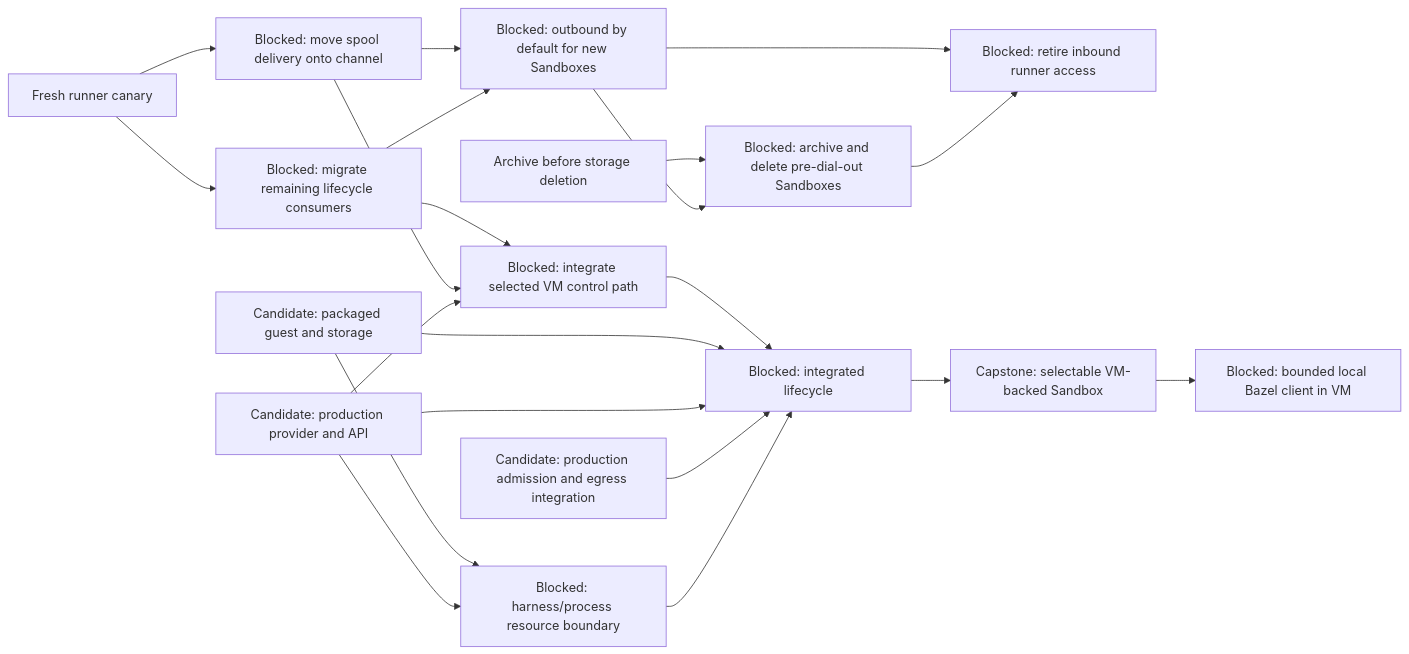
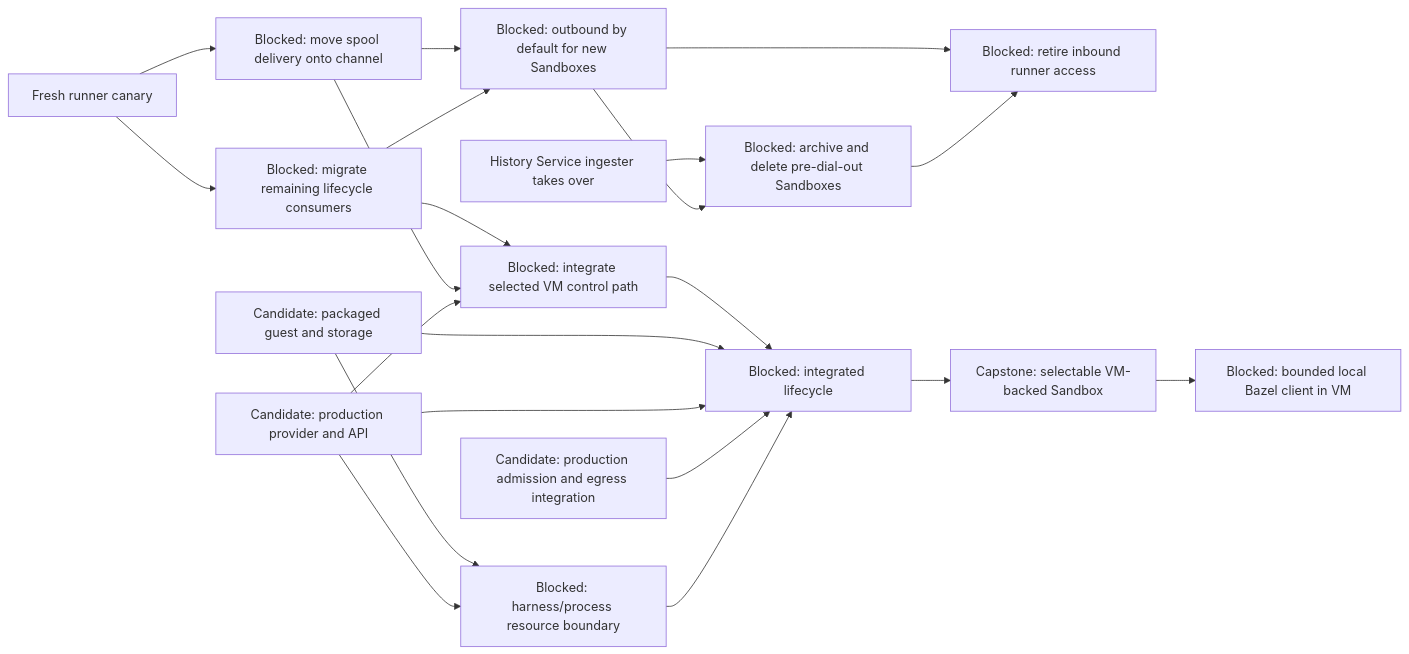
One commit to agentydragon-agent/ducktape changed the sixth of 11 diagrams in agentplane/plans/task_dag.md. Above: the diagram before and after it, drawn with Mermaid. The commit also changed other lines of this file and 6 other files, not shown here.

````diff
--- a/agentplane/plans/task_dag.md
+++ b/agentplane/plans/task_dag.md
@@ -343,33 +343,33 @@
 ```mermaid
 flowchart LR
     RUNNER_OUTBOUND_CANARY[Fresh runner canary]
     RUNNER_OUTBOUND_SPOOL[Blocked: move spool delivery onto channel]
     RUNNER_OUTBOUND_LIFECYCLE[Blocked: migrate remaining lifecycle consumers]
     RUNNER_OUTBOUND_ROLLOUT[Blocked: outbound by default for new Sandboxes]
     VM_CONTROL_NETWORKING[Blocked: integrate selected VM control path]
     VM_IMAGE[Candidate: packaged guest and storage]
     VM_PROVIDER[Candidate: production provider and API]
     VM_EGRESS[Candidate: production admission and egress integration]
     VM_PROCESS_ISOLATION[Blocked: harness/process resource boundary]
     VM_LIFECYCLE[Blocked: integrated lifecycle]
     RUNNER_OUTBOUND_LIFECYCLE --> VM_CONTROL_NETWORKING
     RUNNER_OUTBOUND_SPOOL --> VM_CONTROL_NETWORKING
     RUNNER_OUTBOUND_CANARY --> RUNNER_OUTBOUND_SPOOL
     RUNNER_OUTBOUND_CANARY --> RUNNER_OUTBOUND_LIFECYCLE
     RUNNER_OUTBOUND_SPOOL --> RUNNER_OUTBOUND_ROLLOUT
     RUNNER_OUTBOUND_LIFECYCLE --> RUNNER_OUTBOUND_ROLLOUT
     RUNNER_OUTBOUND_ROLLOUT --> RUNNER_INBOUND_RETIRE[Blocked: retire inbound runner access]
-    SANDBOX_LIFECYCLE_DURABILITY[Archive before storage deletion] --> LEGACY_SANDBOX_RETIRE[Blocked: archive and delete pre-dial-out Sandboxes]
+    HISTORY_WRITE_HANDOFF[History Service ingester takes over] --> LEGACY_SANDBOX_RETIRE[Blocked: archive and delete pre-dial-out Sandboxes]
     RUNNER_OUTBOUND_ROLLOUT --> LEGACY_SANDBOX_RETIRE
     LEGACY_SANDBOX_RETIRE --> RUNNER_INBOUND_RETIRE
     VM_PROVIDER --> VM_CONTROL_NETWORKING
     VM_CONTROL_NETWORKING --> VM_LIFECYCLE
     VM_IMAGE --> VM_PROCESS_ISOLATION
     VM_PROVIDER --> VM_PROCESS_ISOLATION
     VM_IMAGE --> VM_LIFECYCLE
     VM_PROVIDER --> VM_LIFECYCLE
     VM_EGRESS --> VM_LIFECYCLE
     VM_PROCESS_ISOLATION --> VM_LIFECYCLE
     VM_LIFECYCLE --> SANDBOX_VM_ISOLATION[Capstone: selectable VM-backed Sandbox]
     SANDBOX_VM_ISOLATION --> LOCAL_BAZEL[Blocked: bounded local Bazel client in VM]
 ```
````
